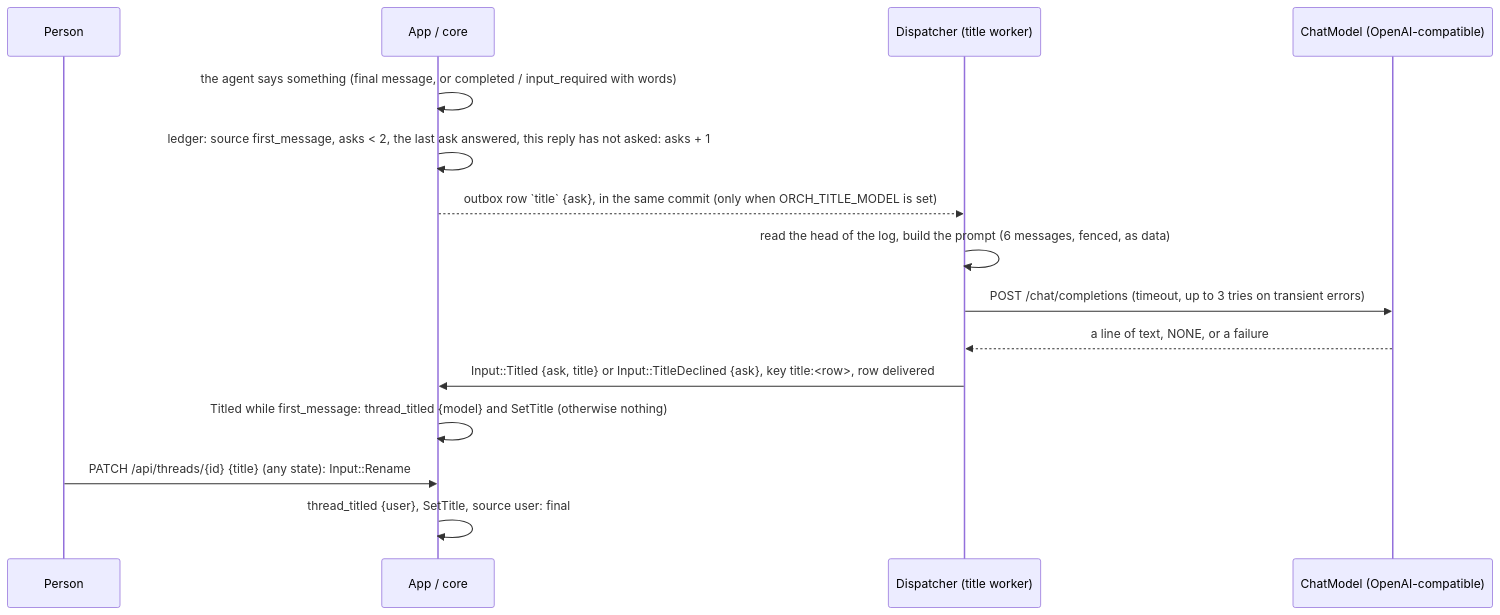
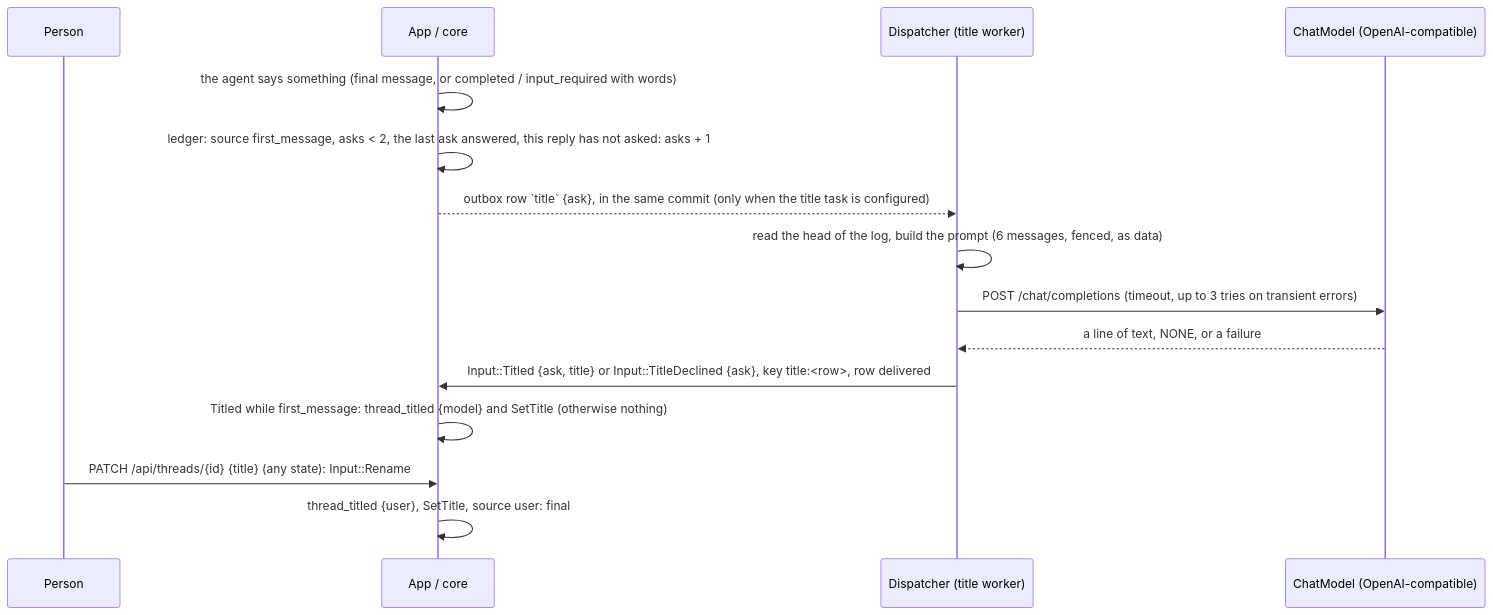
Diagram 16 of 30 in docs/orchestrator.md (vymalo/another-agentic-system), drawn with Mermaid before and after one commit. The commit also changed other lines of this file and 107 other files, not shown here.

````diff
--- a/docs/orchestrator.md
+++ b/docs/orchestrator.md
@@ -999,17 +1004,17 @@
 ```mermaid
 sequenceDiagram
   participant P as Person
   participant A as App / core
   participant D as Dispatcher (title worker)
   participant M as ChatModel (OpenAI-compatible)
   A->>A: the agent says something (final message, or completed / input_required with words)
   A->>A: ledger: source first_message, asks < 2, the last ask answered, this reply has not asked: asks + 1
-  A-->>D: outbox row `title` {ask}, in the same commit (only when ORCH_TITLE_MODEL is set)
+  A-->>D: outbox row `title` {ask}, in the same commit (only when the title task is configured)
   D->>D: read the head of the log, build the prompt (6 messages, fenced, as data)
   D->>M: POST /chat/completions (timeout, up to 3 tries on transient errors)
   M-->>D: a line of text, NONE, or a failure
   D->>A: Input::Titled {ask, title} or Input::TitleDeclined {ask}, key title:<row>, row delivered
   A->>A: Titled while first_message: thread_titled {model} and SetTitle (otherwise nothing)
   P->>A: PATCH /api/threads/{id} {title} (any state): Input::Rename
   A->>A: thread_titled {user}, SetTitle, source user: final
 ```
````
